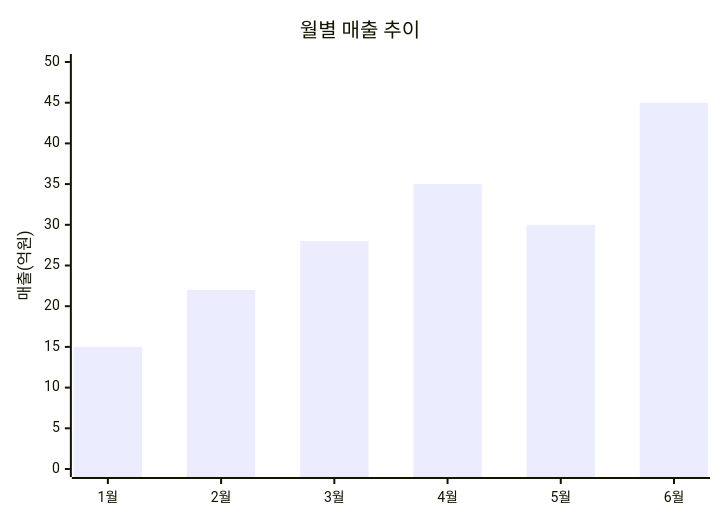
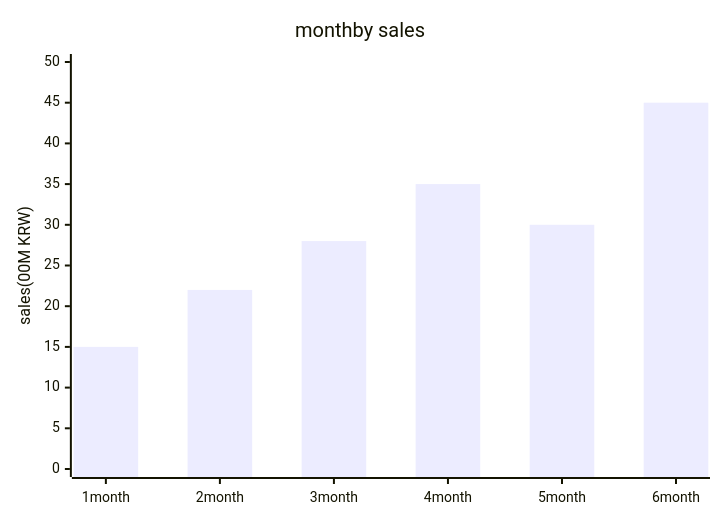
The first of 2 diagrams in harnesses/communication/report-generator/skills/data-visualization-guide/skill.md (chodolmu/taskforge-pro), drawn with Mermaid before and after one commit. The commit also changed other lines of this file and 952 other files, not shown here.

````diff
--- a/harnesses/communication/report-generator/skills/data-visualization-guide/skill.md
+++ b/harnesses/communication/report-generator/skills/data-visualization-guide/skill.md
@@ -39,7 +39,7 @@
 ```mermaid
 xychart-beta
-    title "월별 매출 추이"
-    x-axis ["1월", "2월", "3월", "4월", "5월", "6월"]
-    y-axis "매출(억원)" 0 --> 50
-    bar [15, 22, 28, 35, 30, 45]
+ title "monthby sales "
+ x-axis ["1month", "2month", "3month", "4month", "5month", "6month"]
+ y-axis "sales(00M KRW)" 0 --> 50
+ bar [15, 22, 28, 35, 30, 45]
 ```
````
